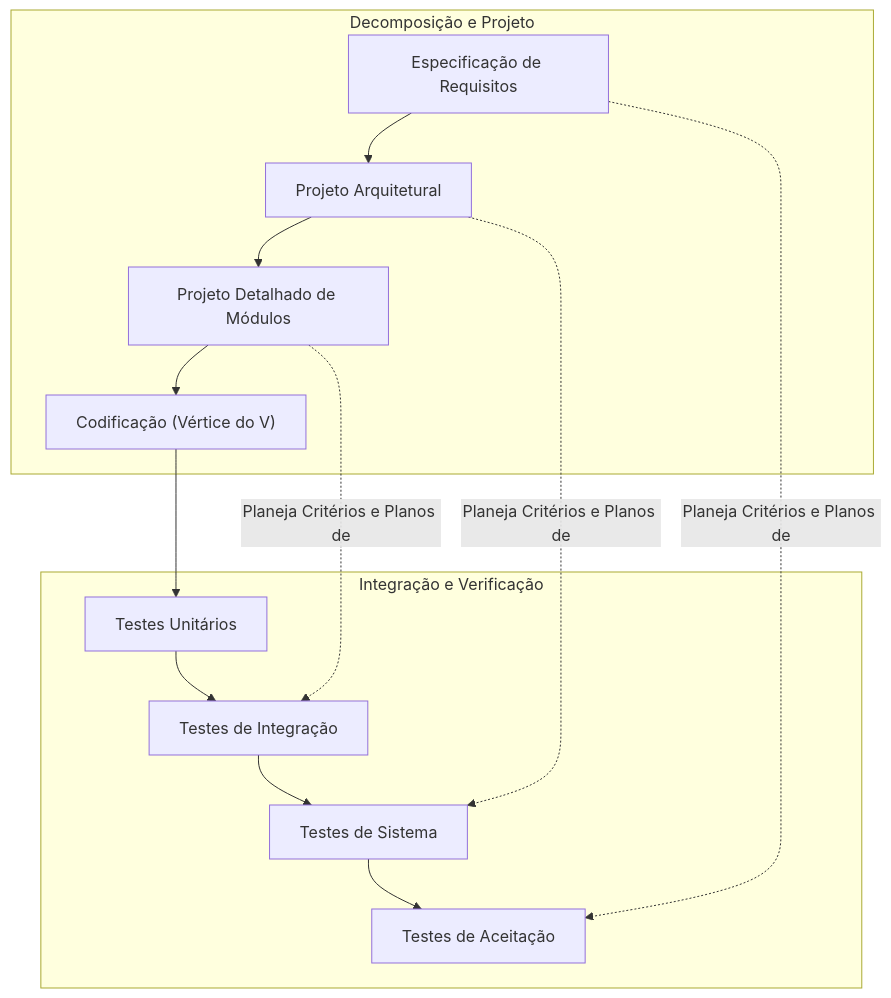
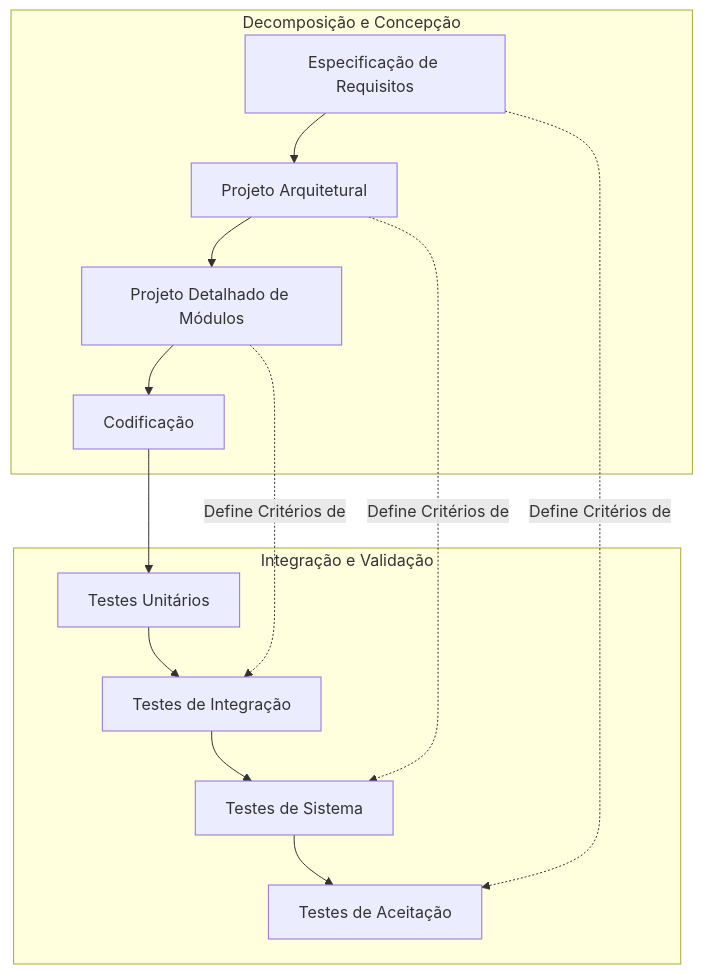
The fourth of 33 diagrams in 3º Semestre/[Prof. Marcelo Boer] Engenharia de Software I/Resumos-IA/Caderno-Consolidado.md (murilolol/unifef), drawn with Mermaid before and after one commit. The commit also changed other lines of this file and 40 other files, not shown here.

````diff
--- a/3º Semestre/[Prof. Marcelo Boer] Engenharia de Software I/Resumos-IA/Caderno-Consolidado.md
+++ b/3º Semestre/[Prof. Marcelo Boer] Engenharia de Software I/Resumos-IA/Caderno-Consolidado.md
@@ -354,28 +166,28 @@
 ```mermaid
 flowchart TD
-    subgraph DecomposicaoProjeto["Decomposição e Projeto"]
-        Req["Especificação de Requisitos"]
-        Arq["Projeto Arquitetural"]
-        Mod["Projeto Detalhado de Módulos"]
-        Cod["Codificação (Vértice do V)"]
+    subgraph DecomposicaoProjeto["Decomposição e Concepção"]
+        V_REQ["Especificação de Requisitos"]
+        V_ARQ["Projeto Arquitetural"]
+        V_MOD["Projeto Detalhado de Módulos"]
+        V_COD["Codificação"]
     end
 
-    subgraph IntegracaoVerificacao["Integração e Verificação"]
-        TUnit["Testes Unitários"]
-        TInt["Testes de Integração"]
-        TSist["Testes de Sistema"]
-        TAceit["Testes de Aceitação"]
+    subgraph IntegracaoVerificacao["Integração e Validação"]
+        V_TUNIT["Testes Unitários"]
+        V_TINT["Testes de Integração"]
+        V_TSIST["Testes de Sistema"]
+        V_TACEIT["Testes de Aceitação"]
     end
 
-    Req --> Arq
-    Arq --> Mod
-    Mod --> Cod
-    Cod --> TUnit
-    TUnit --> TInt
-    TInt --> TSist
-    TSist --> TAceit
+    V_REQ --> V_ARQ
+    V_ARQ --> V_MOD
+    V_MOD --> V_COD
+    V_COD --> V_TUNIT
+    V_TUNIT --> V_TINT
+    V_TINT --> V_TSIST
+    V_TSIST --> V_TACEIT
 
-    Req -.->|Planeja Critérios e Planos de| TAceit
-    Arq -.->|Planeja Critérios e Planos de| TSist
-    Mod -.->|Planeja Critérios e Planos de| TInt
+    V_REQ -.->|"Define Critérios de"| V_TACEIT
+    V_ARQ -.->|"Define Critérios de"| V_TSIST
+    V_MOD -.->|"Define Critérios de"| V_TINT
 ```
````
